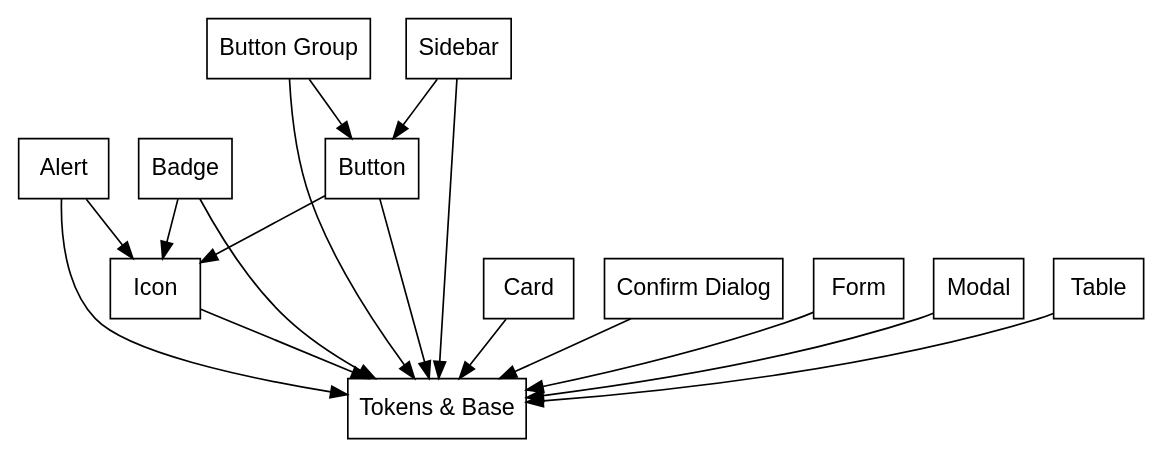
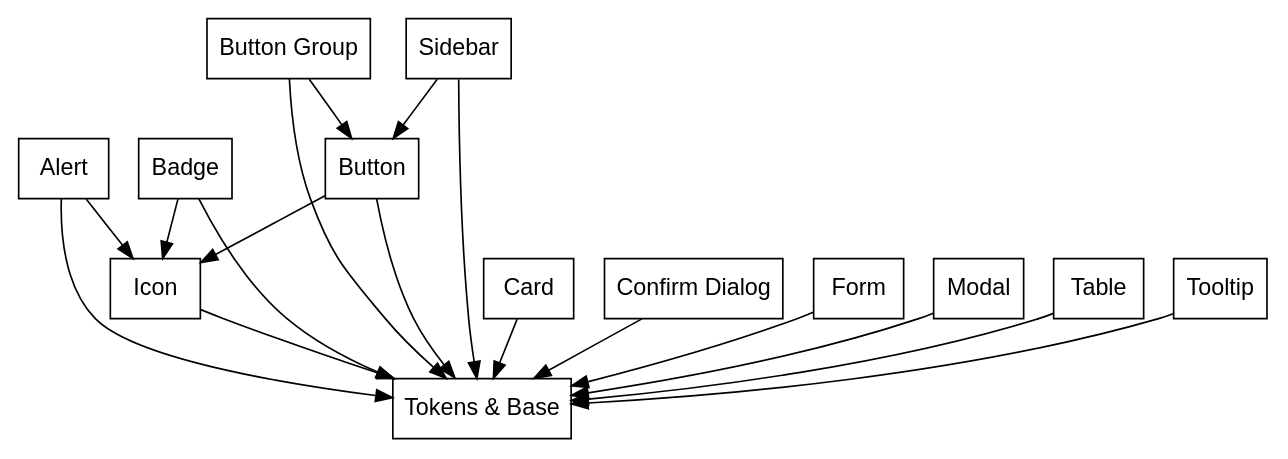
One commit to RoleModel/optics changed the diagram in tools/generate-graph.dot. Above: the diagram before and after it, drawn with Graphviz. The commit also changed 6 other files, not shown here.

```diff
--- a/tools/generate-graph.dot
+++ b/tools/generate-graph.dot
@@ -1,28 +1,29 @@
 digraph dependencies {
   fontname = "Helvetica,Arial,sans-serif";
   node [fontname = "Helvetica,Arial,sans-serif";];
   edge [fontname = "Helvetica,Arial,sans-serif";];
   node [shape = box;];
   "Tokens & Base";
   "Alert" -> "Tokens & Base";
   "Alert" -> "Icon";
   
   "Badge" -> "Tokens & Base";
   "Badge" -> "Icon";
   
   "Button" -> "Tokens & Base";
   "Button" -> "Icon";
   
   "Button Group" -> "Tokens & Base";
   "Button Group" -> "Button";
   
   "Sidebar" -> "Tokens & Base";
   "Sidebar" -> "Button";
   
   "Card" -> "Tokens & Base";
   "Confirm Dialog" -> "Tokens & Base";
   "Form" -> "Tokens & Base";
   "Icon" -> "Tokens & Base";
   "Modal" -> "Tokens & Base";
   "Table" -> "Tokens & Base";
+  "Tooltip" -> "Tokens & Base";
 }
```
